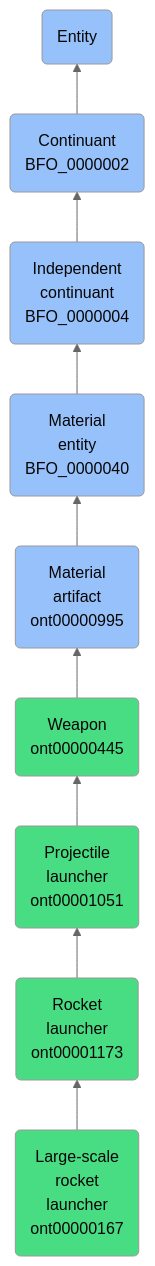
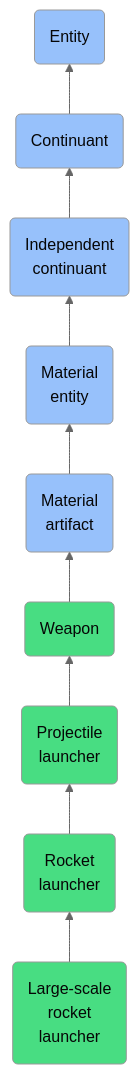
Before and after one commit to jupyter-naas/abi: the diagram in docs/ontology/reference/model/Entity/Continuant/Independent continuant/Material entity/Material artifact/Weapon/Projectile launcher/Rocket launcher/Large-scale rocket launcher/Large-scale rocket launcher.md, drawn with Mermaid (neutral theme). The commit also changed other lines of this file and 1430 other files, not shown here.

````diff
--- a/docs/ontology/reference/model/Entity/Continuant/Independent continuant/Material entity/Material artifact/Weapon/Projectile launcher/Rocket launcher/Large-scale rocket launcher/Large-scale rocket launcher.md
+++ b/docs/ontology/reference/model/Entity/Continuant/Independent continuant/Material entity/Material artifact/Weapon/Projectile launcher/Rocket launcher/Large-scale rocket launcher/Large-scale rocket launcher.md
@@ -24,16 +24,16 @@
 ```mermaid
 graph BT
-    ont00000167(Large-scale<br>rocket<br>launcher<br>ont00000167):::ABI-->ont00001173
-    ont00001173(Rocket<br>launcher<br>ont00001173):::ABI-->ont00001051
-    ont00001051(Projectile<br>launcher<br>ont00001051):::ABI-->ont00000445
-    ont00000445(Weapon<br>ont00000445):::ABI-->ont00000995
-    ont00000995(Material<br>artifact<br>ont00000995):::BFO-->BFO_0000040
-    BFO_0000040(Material<br>entity<br>BFO_0000040):::BFO-->BFO_0000004
-    BFO_0000004(Independent<br>continuant<br>BFO_0000004):::BFO-->BFO_0000002
-    BFO_0000002(Continuant<br>BFO_0000002):::BFO-->BFO_0000001
+    ont00000167(Large-scale<br>rocket<br>launcher):::ABI-->ont00001173
+    ont00001173(Rocket<br>launcher):::ABI-->ont00001051
+    ont00001051(Projectile<br>launcher):::ABI-->ont00000445
+    ont00000445(Weapon):::ABI-->ont00000995
+    ont00000995(Material<br>artifact):::BFO-->BFO_0000040
+    BFO_0000040(Material<br>entity):::BFO-->BFO_0000004
+    BFO_0000004(Independent<br>continuant):::BFO-->BFO_0000002
+    BFO_0000002(Continuant):::BFO-->BFO_0000001
     BFO_0000001(Entity):::BFO
     
     classDef BFO fill:#97c1fb,color:#060606
     classDef CCO fill:#e4c51e,color:#060606
     classDef ABI fill:#48DD82,color:#060606
 ```
````
